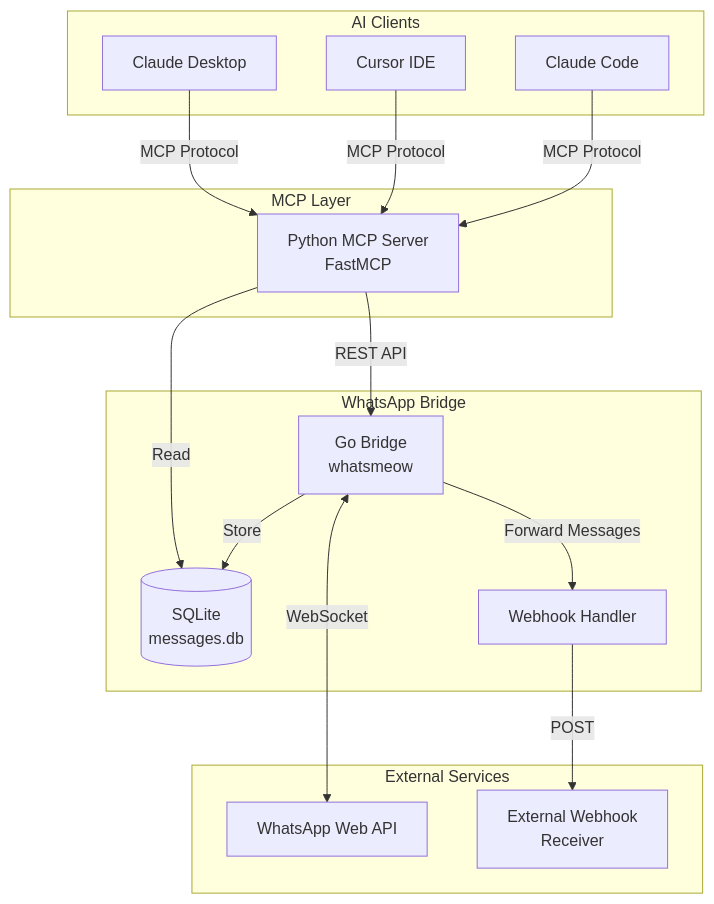
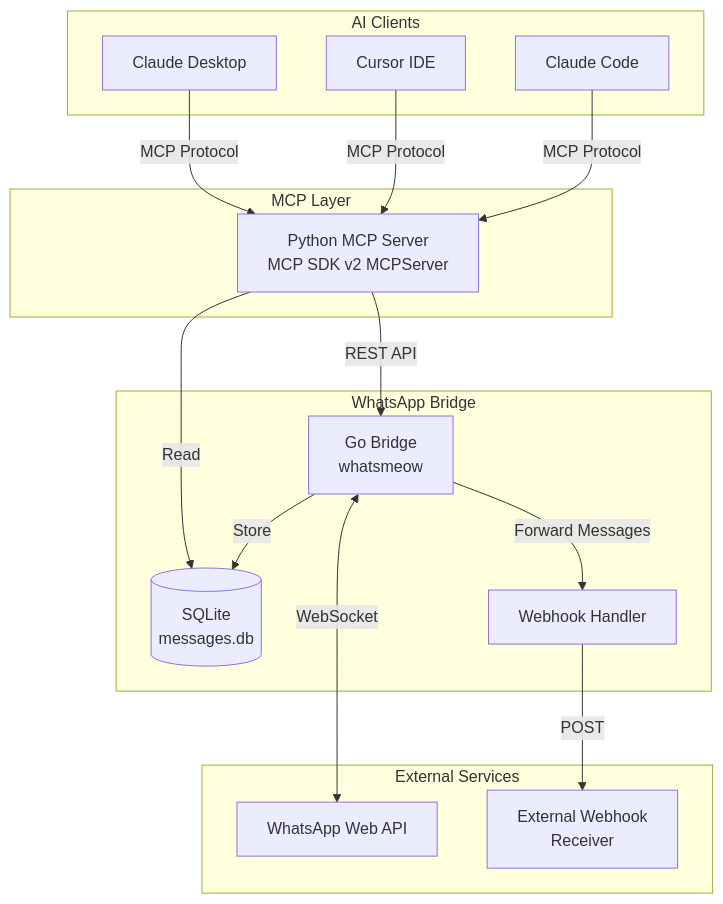
Before and after one commit to Tauri-EPO/whatsapp-mcp: the first of 4 diagrams in README.md, drawn with Mermaid. The commit also changed 6 other files, not shown here.

````diff
--- a/README.md
+++ b/README.md
@@ -708,31 +708,31 @@
 ```mermaid
 flowchart TB
     subgraph Clients["AI Clients"]
         CD[Claude Desktop]
         CU[Cursor IDE]
         CC[Claude Code]
     end
 
     subgraph MCP["MCP Layer"]
-        PY[Python MCP Server<br/>FastMCP]
+        PY[Python MCP Server<br/>MCP SDK v2 MCPServer]
     end
 
     subgraph Bridge["WhatsApp Bridge"]
         GO[Go Bridge<br/>whatsmeow]
         DB[(SQLite<br/>messages.db)]
         WH[Webhook Handler]
     end
 
     subgraph External["External Services"]
         WA[WhatsApp Web API]
         EXT[External Webhook<br/>Receiver]
     end
 
     CD & CU & CC -->|MCP Protocol| PY
     PY -->|REST API| GO
     PY -->|Read| DB
     GO -->|Store| DB
     GO <-->|WebSocket| WA
     GO -->|Forward Messages| WH
     WH -->|POST| EXT
 ```
````
